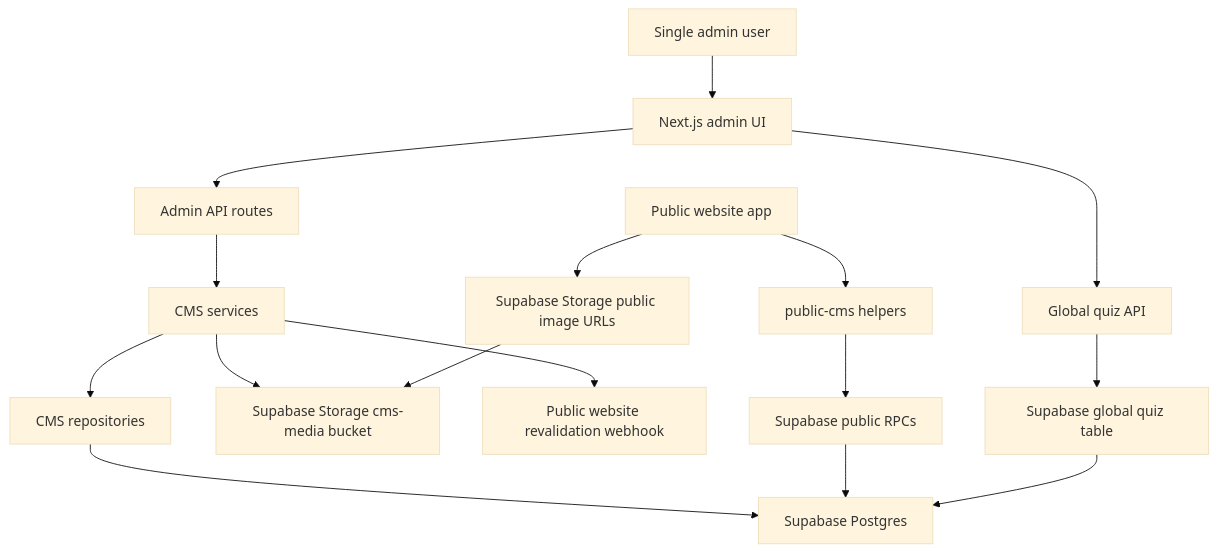
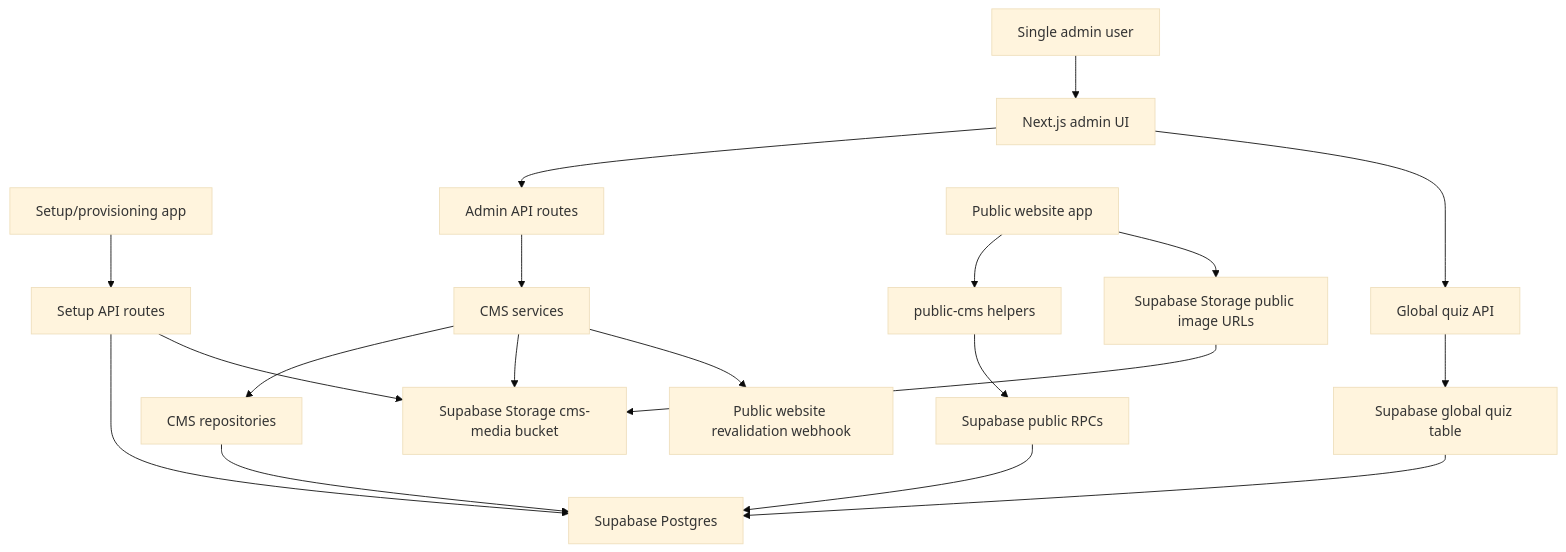
Before and after one commit to nisarhali2022/Admin-CMS: the diagram in docs/IMPLEMENTATION_DETAILS.md, drawn with Mermaid (base theme). The commit also changed other lines of this file and 385 other files, not shown here.

````diff
--- a/docs/IMPLEMENTATION_DETAILS.md
+++ b/docs/IMPLEMENTATION_DETAILS.md
@@ -41,18 +41,21 @@
 ```mermaid
 flowchart TD
+  Setup["Setup/provisioning app"] --> SetupRoutes["Setup API routes"]
+  SetupRoutes --> SupabaseDB["Supabase Postgres"]
+  SetupRoutes --> Storage["Supabase Storage cms-media bucket"]
   Admin["Single admin user"] --> AdminUI["Next.js admin UI"]
   AdminUI --> AdminRoutes["Admin API routes"]
   AdminRoutes --> Services["CMS services"]
   Services --> Repos["CMS repositories"]
-  Repos --> SupabaseDB["Supabase Postgres"]
-  Services --> Storage["Supabase Storage cms-media bucket"]
+  Repos --> SupabaseDB
+  Services --> Storage
   Services --> Revalidation["Public website revalidation webhook"]
   PublicSite["Public website app"] --> PublicHelpers["public-cms helpers"]
   PublicHelpers --> PublicRPC["Supabase public RPCs"]
   PublicRPC --> SupabaseDB
   PublicSite --> PublicImages["Supabase Storage public image URLs"]
   PublicImages --> Storage
   AdminUI --> QuizRoute["Global quiz API"]
   QuizRoute --> QuizTable["Supabase global quiz table"]
   QuizTable --> SupabaseDB
 ```
````
